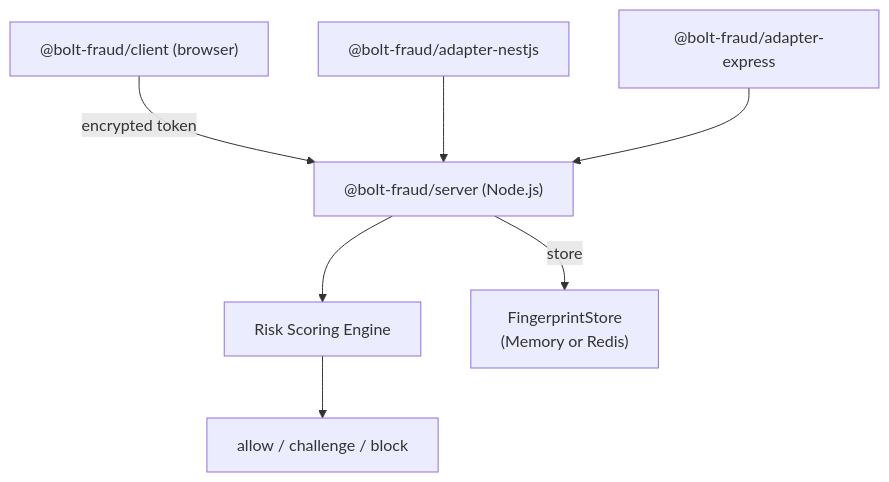
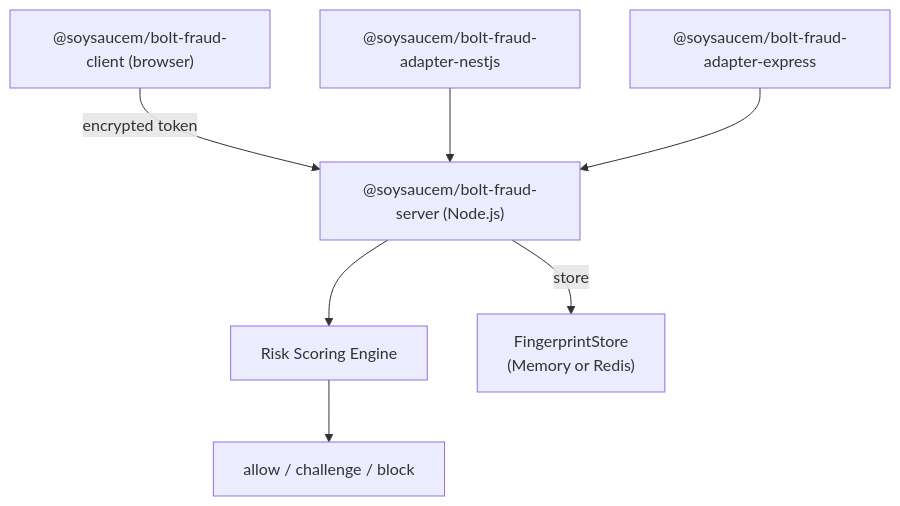
One commit to soysaucem/bolt-fraud changed the diagram in CLAUDE.md. Above: the diagram before and after it, drawn with Mermaid. The commit also changed 23 other files, not shown here.

````diff
--- a/CLAUDE.md
+++ b/CLAUDE.md
@@ -9,9 +9,9 @@
 ```mermaid
 graph TD
-  Client["@bolt-fraud/client (browser)"] -->|encrypted token| Server["@bolt-fraud/server (Node.js)"]
+  Client["@soysaucem/bolt-fraud-client (browser)"] -->|encrypted token| Server["@soysaucem/bolt-fraud-server (Node.js)"]
   Server --> Scoring[Risk Scoring Engine]
   Scoring --> Decision["allow / challenge / block"]
-  NestAdapter["@bolt-fraud/adapter-nestjs"] --> Server
-  ExpressAdapter["@bolt-fraud/adapter-express"] --> Server
+  NestAdapter["@soysaucem/bolt-fraud-adapter-nestjs"] --> Server
+  ExpressAdapter["@soysaucem/bolt-fraud-adapter-express"] --> Server
   Server -->|store| Store["FingerprintStore<br/>(Memory or Redis)"]
 ```
````
